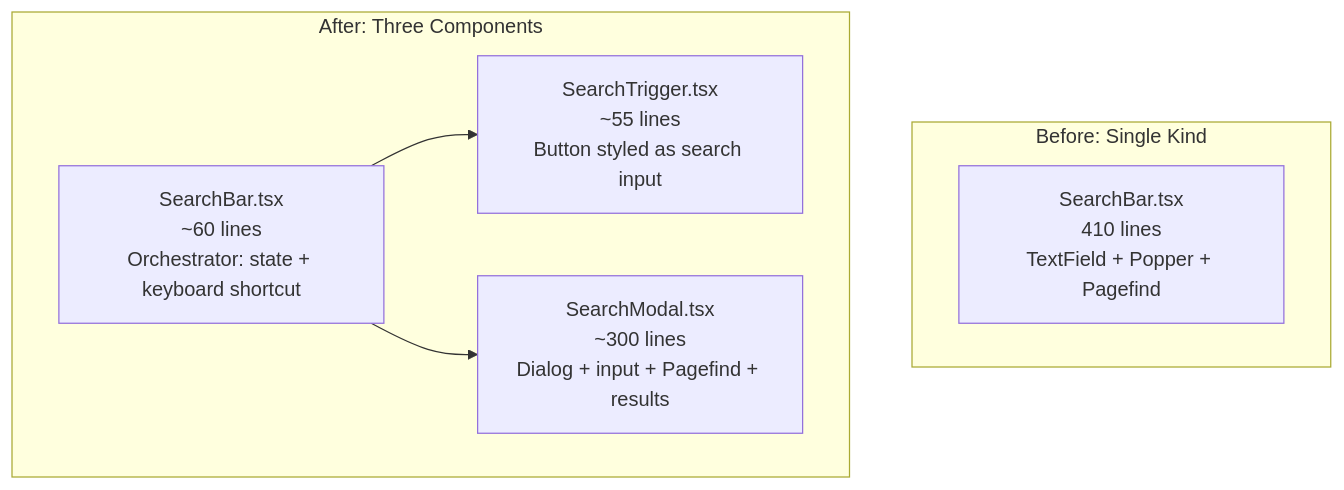
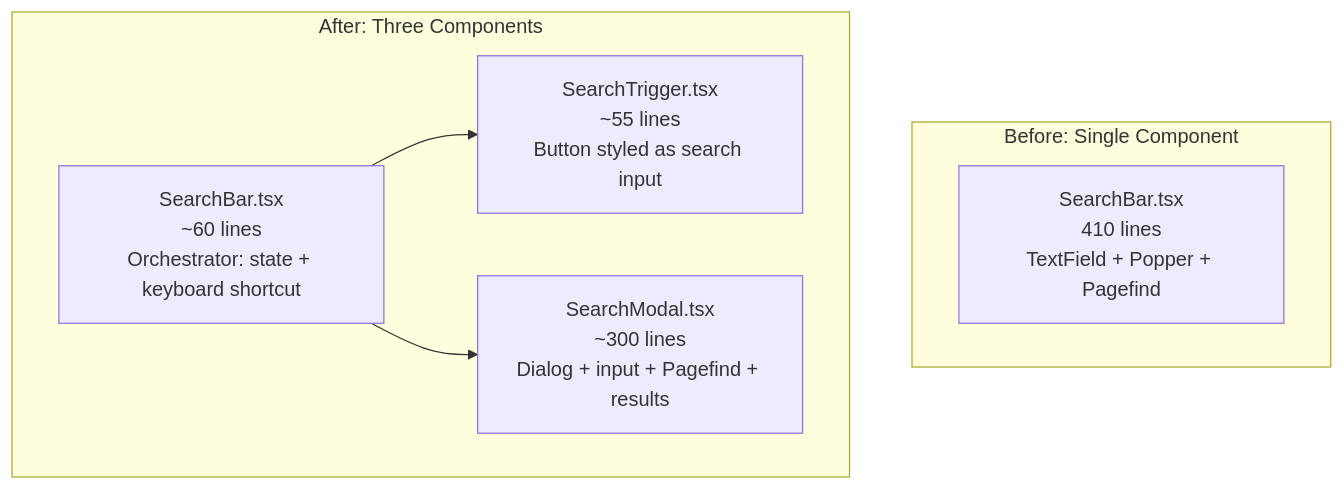
Before and after one commit to plantonhq/planton: the diagram in _changelog/2026-02/2026-02-14-060505-docs-search-modal-refactor.md, drawn with Mermaid. The commit also changed other lines of this file and 652 other files, not shown here.

````diff
--- a/_changelog/2026-02/2026-02-14-060505-docs-search-modal-refactor.md
+++ b/_changelog/2026-02/2026-02-14-060505-docs-search-modal-refactor.md
@@ -29,13 +29,13 @@
 ```mermaid
 flowchart TB
-    subgraph before [Before: Single Kind]
+    subgraph before [Before: Single Component]
         SB["SearchBar.tsx\n410 lines\nTextField + Popper + Pagefind"]
     end
     subgraph after [After: Three Components]
         SB2["SearchBar.tsx\n~60 lines\nOrchestrator: state + keyboard shortcut"]
         ST["SearchTrigger.tsx\n~55 lines\nButton styled as search input"]
         SM["SearchModal.tsx\n~300 lines\nDialog + input + Pagefind + results"]
         SB2 --> ST
         SB2 --> SM
     end
 ```
````
